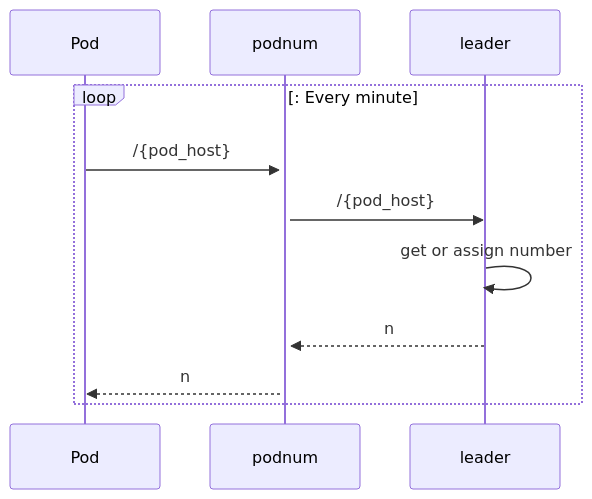
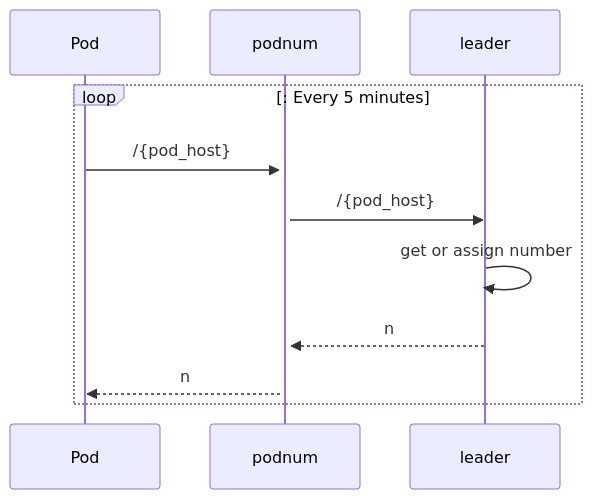
One commit to paulosuzart/podnum changed the diagram in README.md. Above: the diagram before and after it, drawn with Mermaid. The commit also changed other lines of this file, not shown here.

````diff
--- a/README.md
+++ b/README.md
@@ -29,10 +12,10 @@
 ```mermaid
 sequenceDiagram
-    loop: Every minute
+    loop: Every 5 minutes
     Pod->>+podnum: /{pod_host}
     podnum->>leader: /{pod_host}
     leader->>leader: get or assign number
     leader-->>podnum: n
     podnum-->>Pod: n
 end
 ```
````
